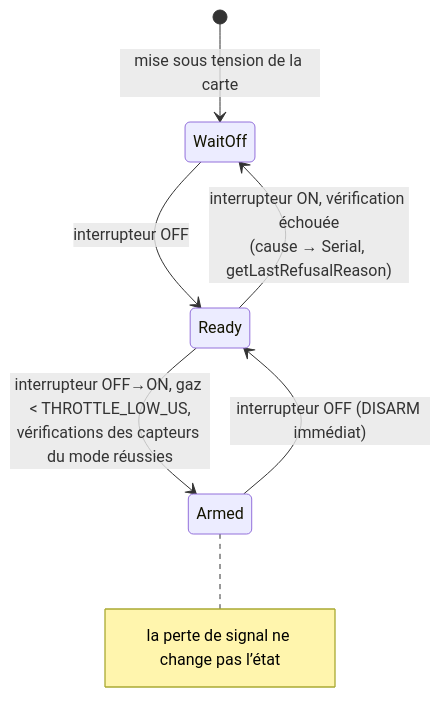
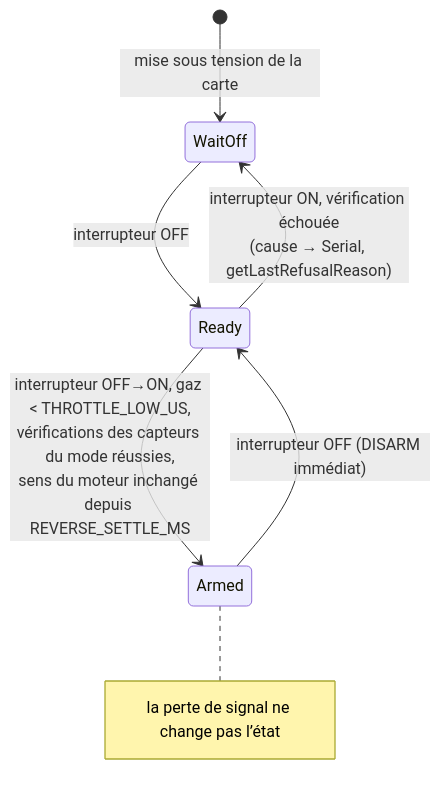
Before and after one commit to damir-lebedev/OpenPlaneProject: the seventh of 11 diagrams in docs/i18n/fr/ARCHITECTURE.md, drawn with Mermaid. The commit also changed other lines of this file and 166 other files, not shown here.

````diff
--- a/docs/i18n/fr/ARCHITECTURE.md
+++ b/docs/i18n/fr/ARCHITECTURE.md
@@ -407,9 +414,9 @@
 ```mermaid
 stateDiagram-v2
     [*] --> WaitOff : mise sous tension de la carte
     WaitOff --> Ready : interrupteur OFF
-    Ready --> Armed : interrupteur OFF→ON, gaz < THROTTLE_LOW_US,<br/>vérifications des capteurs du mode réussies
+    Ready --> Armed : interrupteur OFF→ON, gaz < THROTTLE_LOW_US,<br/>vérifications des capteurs du mode réussies,<br/>sens du moteur inchangé depuis REVERSE_SETTLE_MS
     Ready --> WaitOff : interrupteur ON, vérification échouée<br/>(cause → Serial, getLastRefusalReason)
     Armed --> Ready : interrupteur OFF (DISARM immédiat)
     note right of Armed : la perte de signal ne change pas l’état
 ```
````
